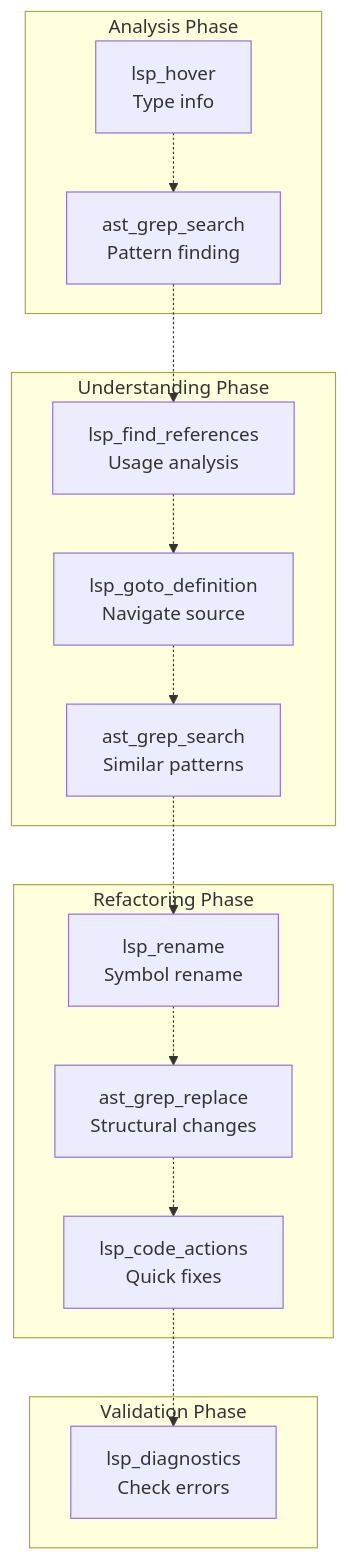
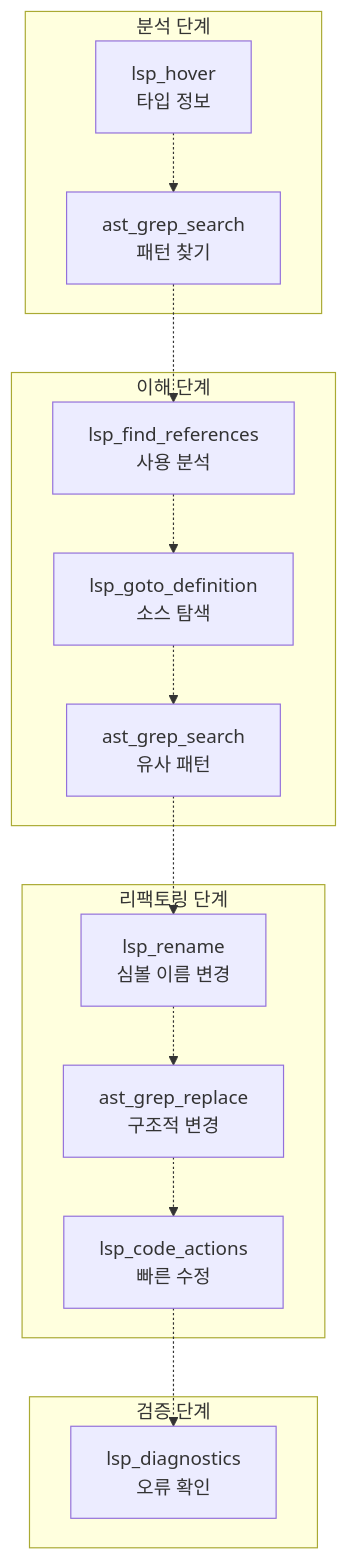
The third of 6 diagrams in docs/tools/ast-grep-tools.md (felipetruman/oh-my-opencode-docs), drawn with Mermaid before and after one commit. The commit also changed other lines of this file and 76 other files, not shown here.

````diff
--- a/docs/tools/ast-grep-tools.md
+++ b/docs/tools/ast-grep-tools.md
@@ -256,43 +256,43 @@
 ```mermaid
 flowchart TD
 
-LSPHover["lsp_hover<br>Type info"]
-ASTSearch["ast_grep_search<br>Pattern finding"]
-LSPRefs["lsp_find_references<br>Usage analysis"]
-LSPGoto["lsp_goto_definition<br>Navigate source"]
-ASTPattern["ast_grep_search<br>Similar patterns"]
-LSPRename["lsp_rename<br>Symbol rename"]
-ASTReplace["ast_grep_replace<br>Structural changes"]
-LSPActions["lsp_code_actions<br>Quick fixes"]
-LSPDiag["lsp_diagnostics<br>Check errors"]
+LSPHover["lsp_hover<br>타입 정보"]
+ASTSearch["ast_grep_search<br>패턴 찾기"]
+LSPRefs["lsp_find_references<br>사용 분석"]
+LSPGoto["lsp_goto_definition<br>소스 탐색"]
+ASTPattern["ast_grep_search<br>유사 패턴"]
+LSPRename["lsp_rename<br>심볼 이름 변경"]
+ASTReplace["ast_grep_replace<br>구조적 변경"]
+LSPActions["lsp_code_actions<br>빠른 수정"]
+LSPDiag["lsp_diagnostics<br>오류 확인"]
 
 ASTSearch -.-> LSPRefs
 ASTPattern -.-> LSPRename
 LSPActions -.-> LSPDiag
 
-subgraph subGraph3 ["Validation Phase"]
+subgraph subGraph3 ["검증 단계"]
     LSPDiag
 end
 
-subgraph subGraph2 ["Refactoring Phase"]
+subgraph subGraph2 ["리팩토링 단계"]
     LSPRename
     ASTReplace
     LSPActions
     LSPRename -.-> ASTReplace
     ASTReplace -.-> LSPActions
 end
 
-subgraph subGraph1 ["Understanding Phase"]
+subgraph subGraph1 ["이해 단계"]
     LSPRefs
     LSPGoto
     ASTPattern
     LSPRefs -.-> LSPGoto
     LSPGoto -.-> ASTPattern
 end
 
-subgraph subGraph0 ["Analysis Phase"]
+subgraph subGraph0 ["분석 단계"]
     LSPHover
     ASTSearch
     LSPHover -.-> ASTSearch
 end
 ```
````
